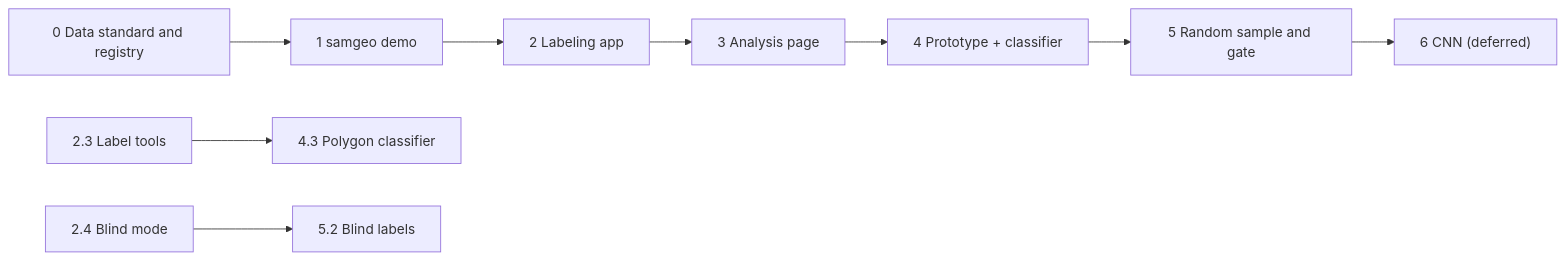
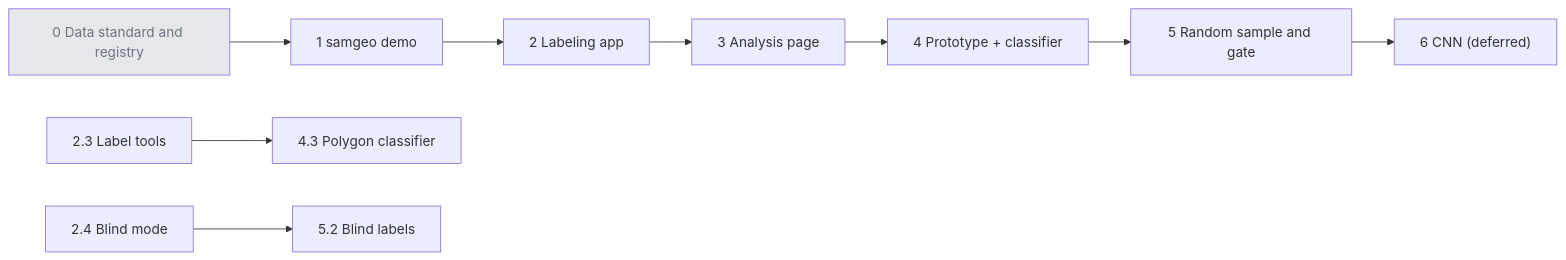
The first of 32 diagrams in PLAN.md (Lunseargen/usace-landuse-semantic-segmentation), drawn with Mermaid before and after one commit. The commit also changed other lines of this file and 15 other files, not shown here.

````diff
--- a/PLAN.md
+++ b/PLAN.md
@@ -86,11 +86,12 @@
 ```mermaid
 flowchart LR
-    S0["0 Data standard and registry"] --> S1["1 samgeo demo"]
+    S0["0 Data standard and registry"]:::done --> S1["1 samgeo demo"]
     S1 --> S2["2 Labeling app"]
     S2 --> S3["3 Analysis page"]
     S3 --> S4["4 Prototype + classifier"]
     t2_3["2.3 Label tools"] --> t4_3["4.3 Polygon classifier"]
     t2_4["2.4 Blind mode"] --> t5_2["5.2 Blind labels"]
     S4 --> S5["5 Random sample and gate"]
     S5 --> S6["6 CNN (deferred)"]
+    classDef done fill:#e5e7eb,color:#6b7280
 ```
````
